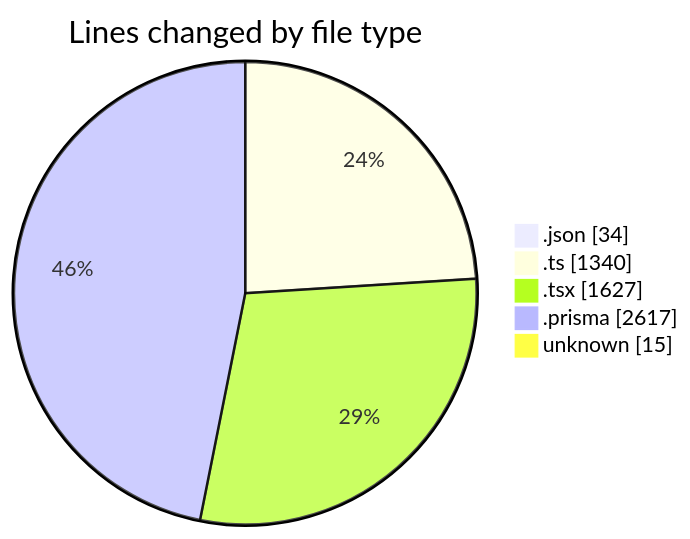
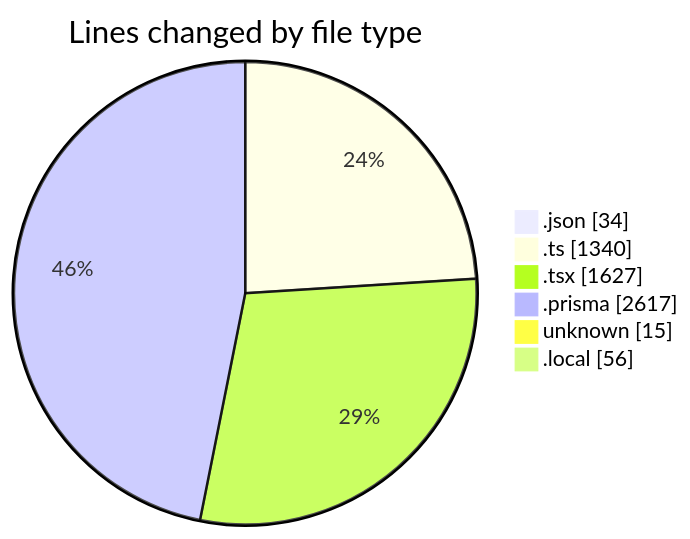
The first of 2 diagrams in 2025-05-15/ecodeli-1/README.md (CELIANVF/code-tracking), drawn with Mermaid before and after one commit. The commit also changed other lines of this file and 1 other file, not shown here.

````diff
--- a/2025-05-15/ecodeli-1/README.md
+++ b/2025-05-15/ecodeli-1/README.md
@@ -32,9 +33,10 @@
 ```mermaid
 pie showData
 title Lines changed by file type
 ".json" : 34
 ".ts" : 1340
 ".tsx" : 1627
 ".prisma" : 2617
 "unknown" : 15
+".local" : 56
 ```
````
